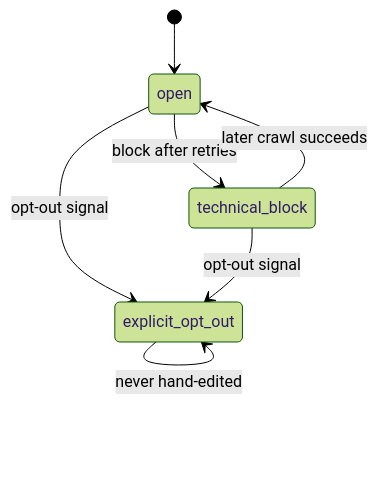
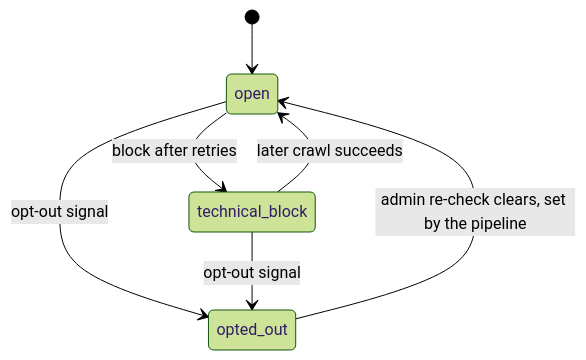
Diagram 37 of 48 in architecture_v2.md (hp94087/akira), drawn with Mermaid (forest theme) before and after one commit. The commit also changed other lines of this file, not shown here.

First line of the commit message:
Update architecture_v2.md to match SPEC.md

````diff
--- a/architecture_v2.md
+++ b/architecture_v2.md
@@ -1194,9 +1226,9 @@
 ```mermaid
 stateDiagram-v2
   [*] --> open
   open --> technical_block: block after retries
-  open --> explicit_opt_out: opt-out signal
-  technical_block --> explicit_opt_out: opt-out signal
+  open --> opted_out: opt-out signal
+  technical_block --> opted_out: opt-out signal
   technical_block --> open: later crawl succeeds
-  explicit_opt_out --> explicit_opt_out: never hand-edited
+  opted_out --> open: admin re-check clears, set by the pipeline
 ```
````
